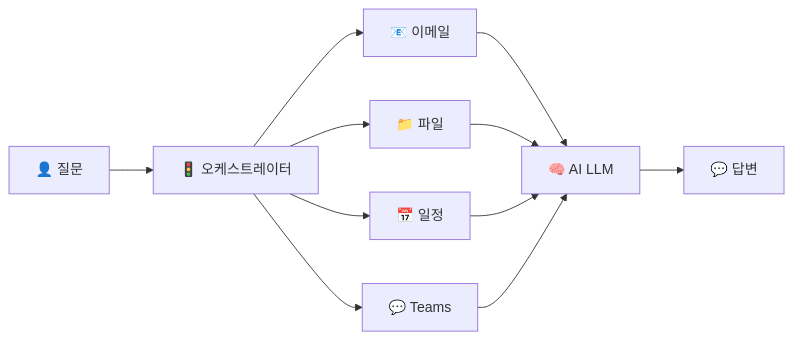
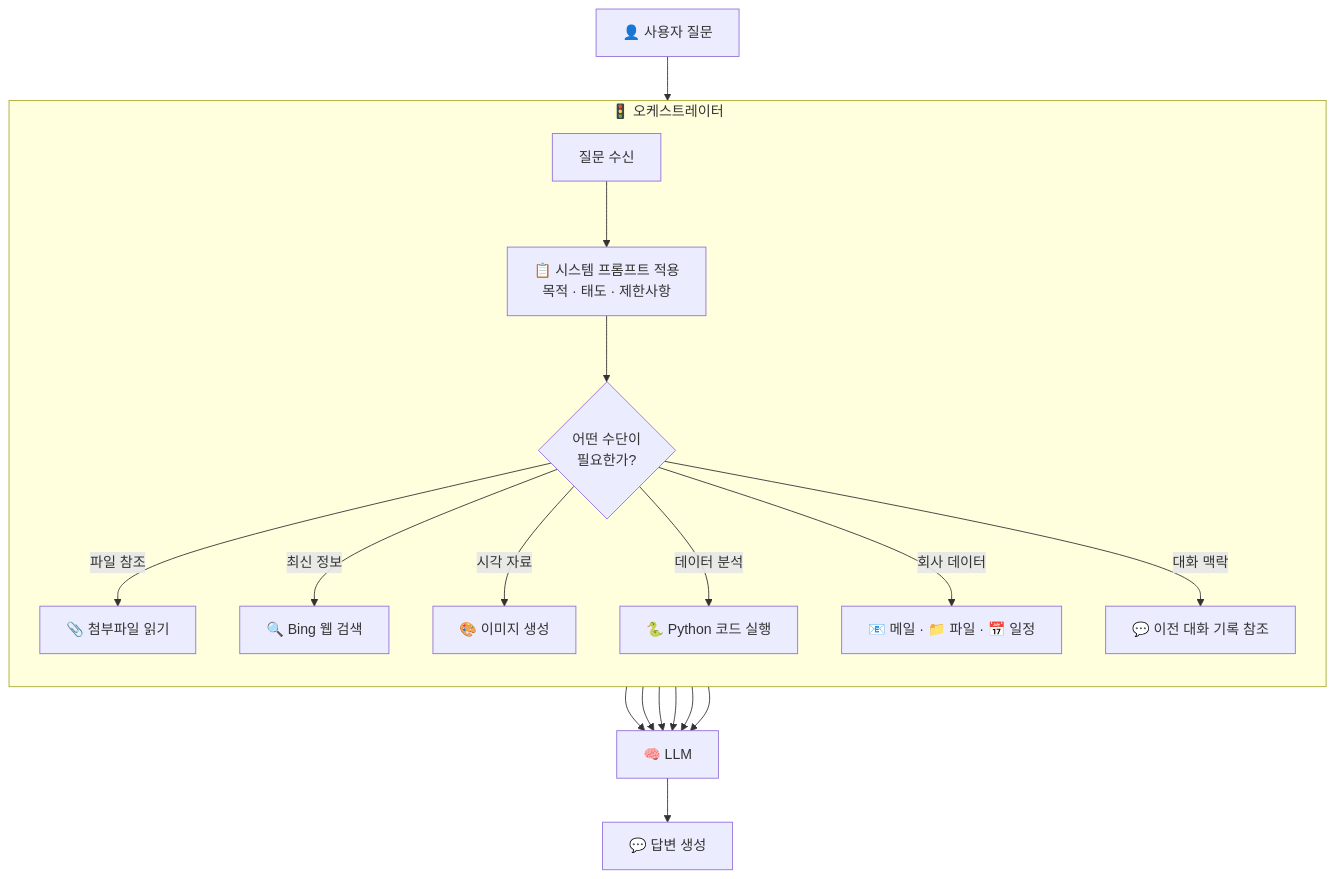
One commit to microsoft/easycopilotlab changed the first of 2 diagrams in docs/m01-copilot-principles.md. Above: the diagram before and after it, drawn with Mermaid. The commit also changed other lines of this file and 20 other files, not shown here.

````diff
--- a/docs/m01-copilot-principles.md
+++ b/docs/m01-copilot-principles.md
@@ -38,13 +50,24 @@
 ```mermaid
-flowchart LR
-    A[👤 질문] --> B[🚦 오케스트레이터]
-    B --> C[📧 이메일]
-    B --> D[📁 파일]
-    B --> E[📅 일정]
-    B --> F[💬 Teams]
-    C --> G[🧠 AI LLM]
-    D --> G
-    E --> G
-    F --> G
-    G --> H[💬 답변]
+flowchart TB
+    U[👤 사용자 질문] --> O
+    
+    subgraph ORCH [🚦 오케스트레이터]
+        direction TB
+        O[질문 수신] --> SP[📋 시스템 프롬프트 적용<br/>목적 · 태도 · 제한사항]
+        SP --> J{어떤 수단이<br/>필요한가?}
+        J -->|파일 참조| T1[📎 첨부파일 읽기]
+        J -->|최신 정보| T2[🔍 Bing 웹 검색]
+        J -->|시각 자료| T3[🎨 이미지 생성]
+        J -->|데이터 분석| T4[🐍 Python 코드 실행]
+        J -->|회사 데이터| T5[📧 메일 · 📁 파일 · 📅 일정]
+        J -->|대화 맥락| T6[💬 이전 대화 기록 참조]
+    end
+    
+    T1 --> LLM[🧠 LLM]
+    T2 --> LLM
+    T3 --> LLM
+    T4 --> LLM
+    T5 --> LLM
+    T6 --> LLM
+    LLM --> A[💬 답변 생성]
 ```
````
